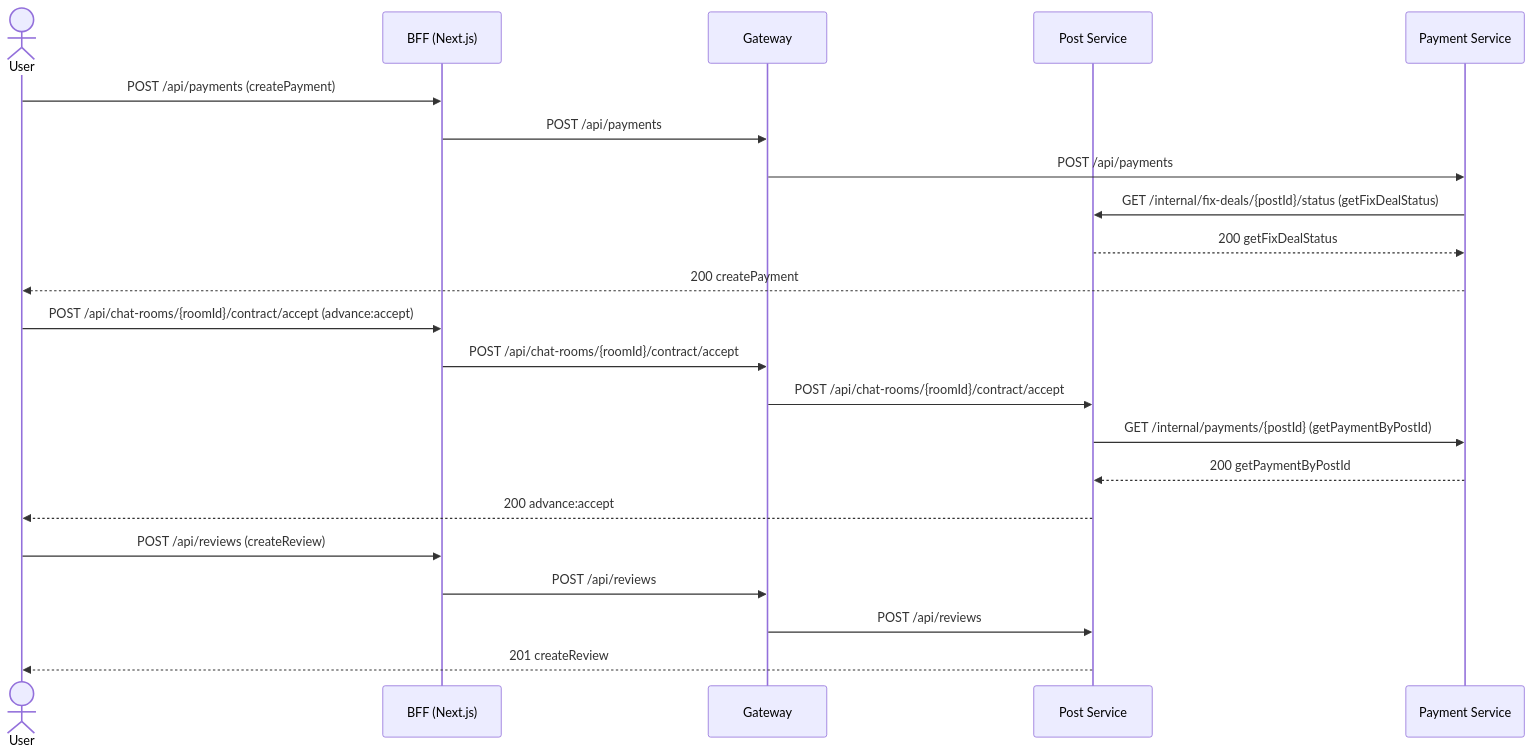
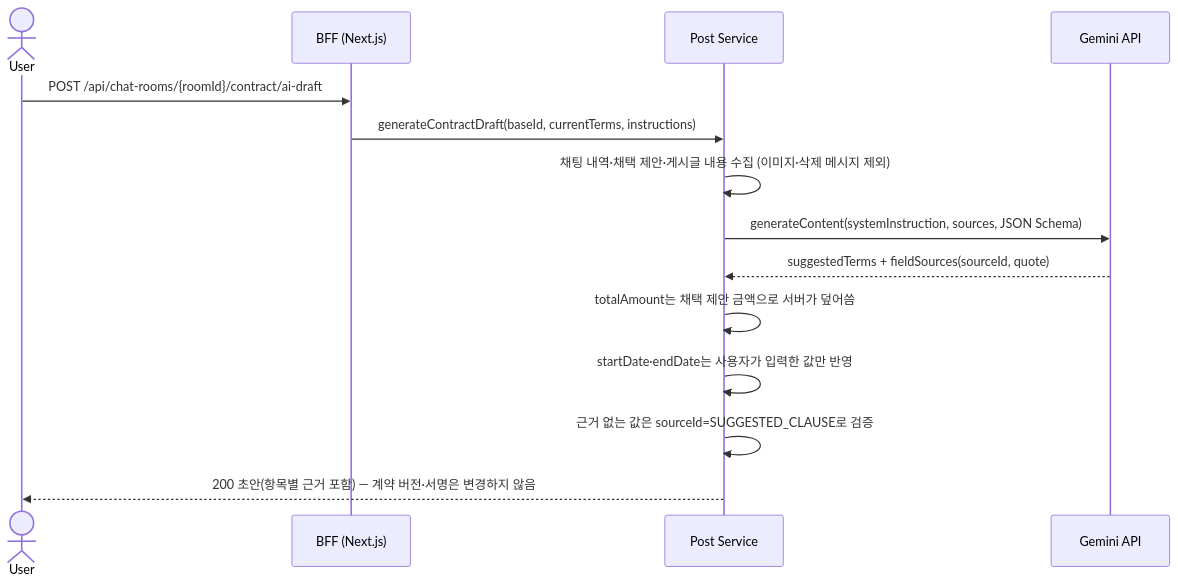
One commit to likelion-backend-24th/Final-Project-Mokoco changed the second of 2 diagrams in docs/시퀀스.md. Above: the diagram before and after it, drawn with Mermaid. The commit also changed other lines of this file and 10 other files, not shown here.

````diff
--- a/docs/시퀀스.md
+++ b/docs/시퀀스.md
@@ -119,27 +80,17 @@
 ```mermaid
 sequenceDiagram
     actor User
     participant BFF as BFF (Next.js)
-    participant G as Gateway
-    participant A as Post Service
-    participant P as Payment Service
+    participant PS as Post Service
+    participant Gemini as Gemini API
 
-    User->>BFF: POST /api/payments (createPayment)
-    BFF->>G: POST /api/payments
-    G->>P: POST /api/payments
-    P->>A: GET /internal/fix-deals/{postId}/status (getFixDealStatus)
-    A-->>P: 200 getFixDealStatus
-    P-->>User: 200 createPayment
-
-    User->>BFF: POST /api/chat-rooms/{roomId}/contract/accept (advance:accept)
-    BFF->>G: POST /api/chat-rooms/{roomId}/contract/accept
-    G->>A: POST /api/chat-rooms/{roomId}/contract/accept
-    A->>P: GET /internal/payments/{postId} (getPaymentByPostId)
-    P-->>A: 200 getPaymentByPostId
-    A-->>User: 200 advance:accept
-
-    User->>BFF: POST /api/reviews (createReview)
-    BFF->>G: POST /api/reviews
-    G->>A: POST /api/reviews
-    A-->>User: 201 createReview
+    User->>BFF: POST /api/chat-rooms/{roomId}/contract/ai-draft
+    BFF->>PS: generateContractDraft(baseId, currentTerms, instructions)
+    PS->>PS: 채팅 내역·채택 제안·게시글 내용 수집 (이미지·삭제 메시지 제외)
+    PS->>Gemini: generateContent(systemInstruction, sources, JSON Schema)
+    Gemini-->>PS: suggestedTerms + fieldSources(sourceId, quote)
+    PS->>PS: totalAmount는 채택 제안 금액으로 서버가 덮어씀
+    PS->>PS: startDate·endDate는 사용자가 입력한 값만 반영
+    PS->>PS: 근거 없는 값은 sourceId=SUGGESTED_CLAUSE로 검증
+    PS-->>User: 200 초안(항목별 근거 포함) — 계약 버전·서명은 변경하지 않음
 ```
````
